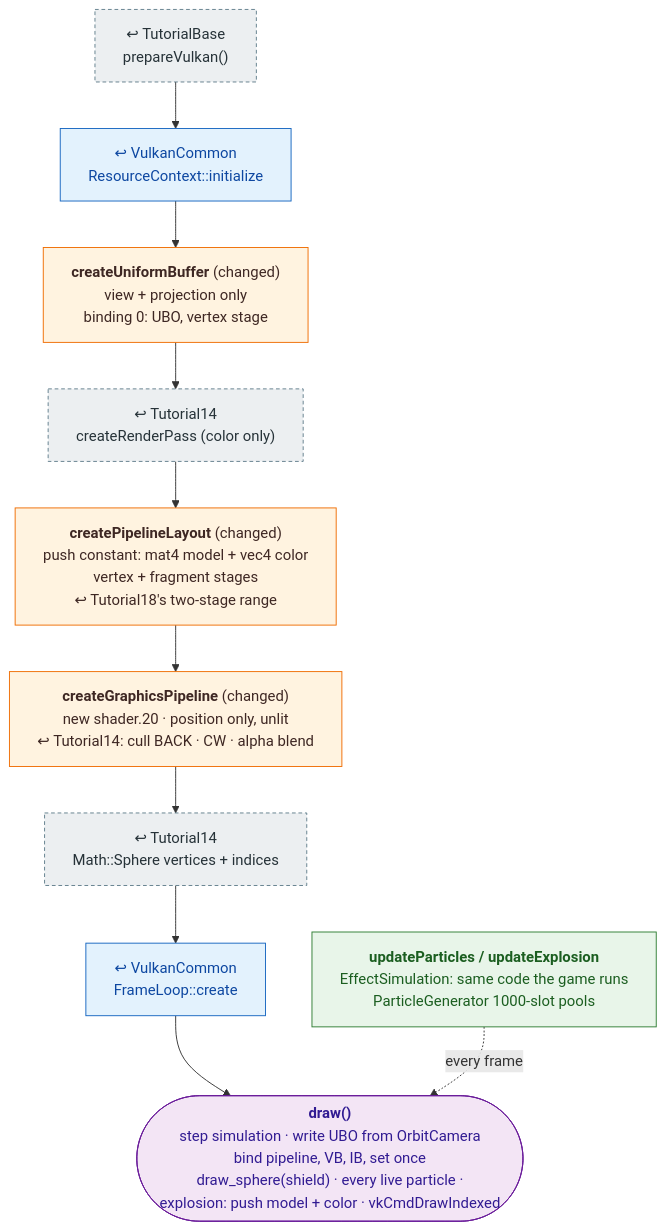
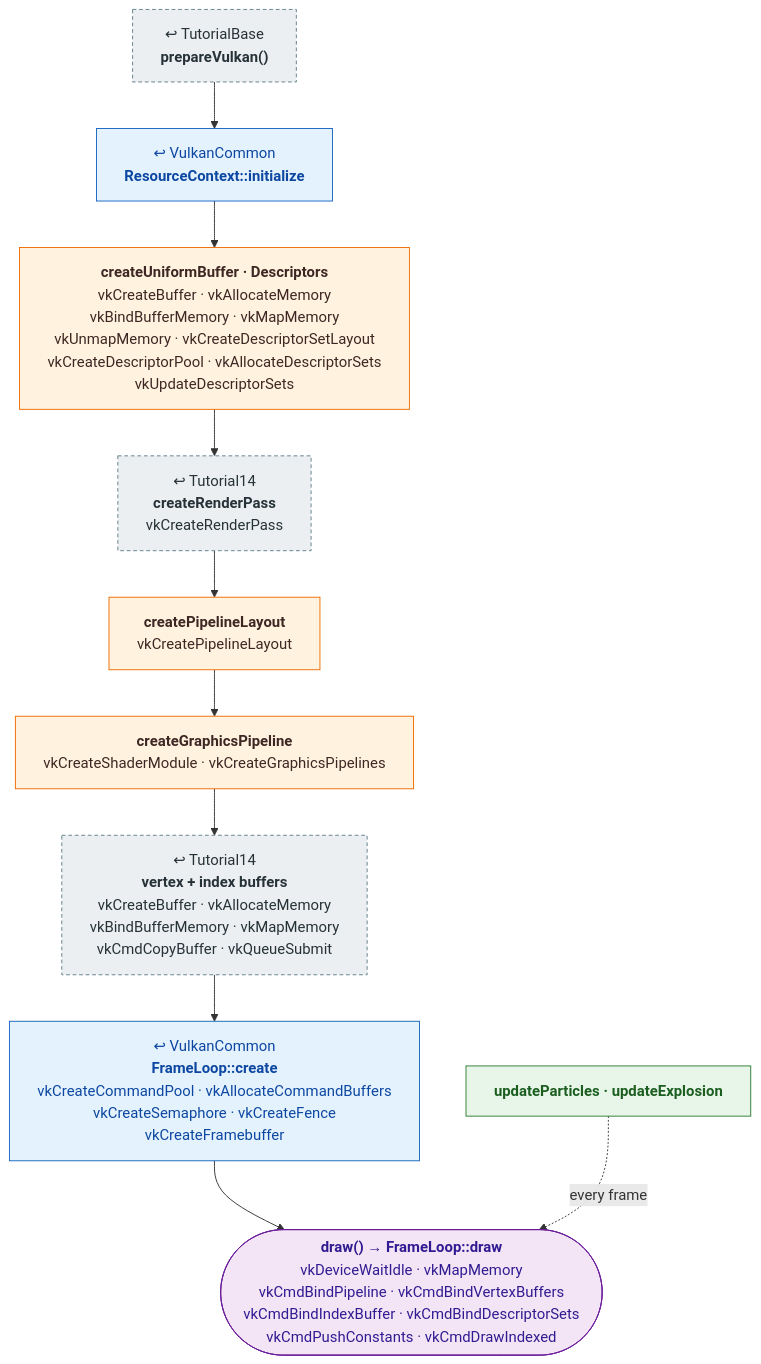
One commit to mehoggan/vulkan_graphix changed the diagram in docs/pipeline/20_particle_effects.md. Above: the diagram before and after it, drawn with Mermaid. The commit also changed other lines of this file and 24 other files, not shown here.

First line of the commit message:
docs: label pipeline boxes with the Vulkan calls each step makes

````diff
--- a/docs/pipeline/20_particle_effects.md
+++ b/docs/pipeline/20_particle_effects.md
@@ -14,23 +14,23 @@
 ```mermaid
 %%{init: {"flowchart": {"wrappingWidth": 400}}}%%
 flowchart TD
     classDef reused fill:#eceff1,stroke:#607d8b,stroke-dasharray:4 3,color:#263238
     classDef changed fill:#fff3e0,stroke:#ef6c00,color:#3e2723
     classDef new fill:#e8f5e9,stroke:#2e7d32,color:#1b5e20
     classDef shared fill:#e3f2fd,stroke:#1565c0,color:#0d47a1
     classDef frame fill:#f3e5f5,stroke:#6a1b9a,color:#311b92
 
-    BASE["↩ TutorialBase<br/>prepareVulkan()"]:::reused
-    RC["↩ VulkanCommon<br/>ResourceContext::initialize"]:::shared
-    UBO["<b>createUniformBuffer</b> (changed)<br/>view + projection only<br/>binding 0: UBO, vertex stage"]:::changed
-    RP["↩ Tutorial14<br/>createRenderPass (color only)"]:::reused
-    PLL["<b>createPipelineLayout</b> (changed)<br/>push constant: mat4 model + vec4 color<br/>vertex + fragment stages<br/>↩ Tutorial18's two-stage range"]:::changed
-    PIPE["<b>createGraphicsPipeline</b> (changed)<br/>new shader.20 · position only, unlit<br/>↩ Tutorial14: cull BACK · CW · alpha blend"]:::changed
-    GEO["↩ Tutorial14<br/>Math::Sphere vertices + indices"]:::reused
-    FL["↩ VulkanCommon<br/>FrameLoop::create"]:::shared
-    SIM["<b>updateParticles / updateExplosion</b><br/>EffectSimulation: same code the game runs<br/>ParticleGenerator 1000-slot pools"]:::new
-    DRAW(["<b>draw()</b><br/>step simulation · write UBO from OrbitCamera<br/>bind pipeline, VB, IB, set once<br/>draw_sphere(shield) · every live particle ·<br/>explosion: push model + color · vkCmdDrawIndexed"]):::frame
+    BASE["↩ TutorialBase<br/><b>prepareVulkan()</b>"]:::reused
+    RC["↩ VulkanCommon<br/><b>ResourceContext::initialize</b>"]:::shared
+    UBO["<b>createUniformBuffer · Descriptors</b><br/>vkCreateBuffer  ·  vkAllocateMemory<br/>vkBindBufferMemory  ·  vkMapMemory<br/>vkUnmapMemory  ·  vkCreateDescriptorSetLayout<br/>vkCreateDescriptorPool  ·  vkAllocateDescriptorSets<br/>vkUpdateDescriptorSets"]:::changed
+    RP["↩ Tutorial14<br/><b>createRenderPass</b><br/>vkCreateRenderPass"]:::reused
+    PLL["<b>createPipelineLayout</b><br/>vkCreatePipelineLayout"]:::changed
+    PIPE["<b>createGraphicsPipeline</b><br/>vkCreateShaderModule  ·  vkCreateGraphicsPipelines"]:::changed
+    GEO["↩ Tutorial14<br/><b>vertex + index buffers</b><br/>vkCreateBuffer  ·  vkAllocateMemory<br/>vkBindBufferMemory  ·  vkMapMemory<br/>vkCmdCopyBuffer  ·  vkQueueSubmit"]:::reused
+    FL["↩ VulkanCommon<br/><b>FrameLoop::create</b><br/>vkCreateCommandPool  ·  vkAllocateCommandBuffers<br/>vkCreateSemaphore  ·  vkCreateFence<br/>vkCreateFramebuffer"]:::shared
+    SIM["<b>updateParticles · updateExplosion</b>"]:::new
+    DRAW(["<b>draw() → FrameLoop::draw</b><br/>vkDeviceWaitIdle  ·  vkMapMemory<br/>vkCmdBindPipeline  ·  vkCmdBindVertexBuffers<br/>vkCmdBindIndexBuffer  ·  vkCmdBindDescriptorSets<br/>vkCmdPushConstants  ·  vkCmdDrawIndexed"]):::frame
 
     BASE --> RC --> UBO --> RP --> PLL --> PIPE --> GEO --> FL --> DRAW
     SIM -. every frame .-> DRAW
 ```
````
